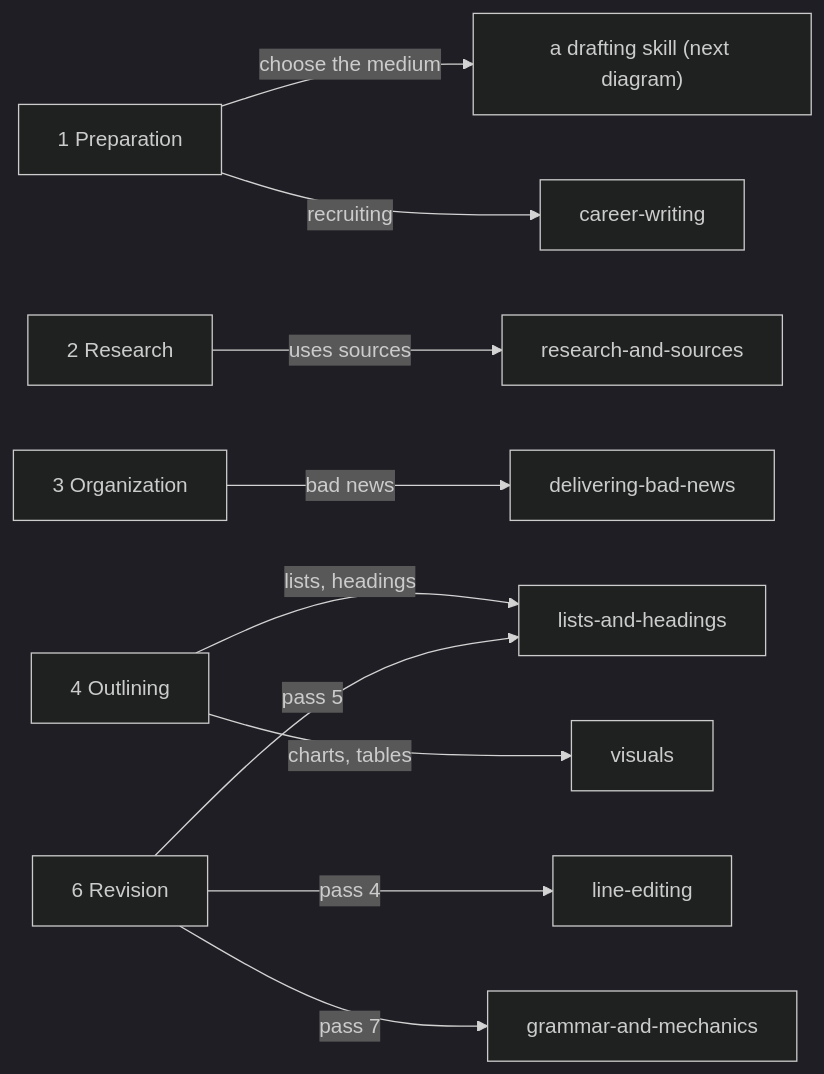
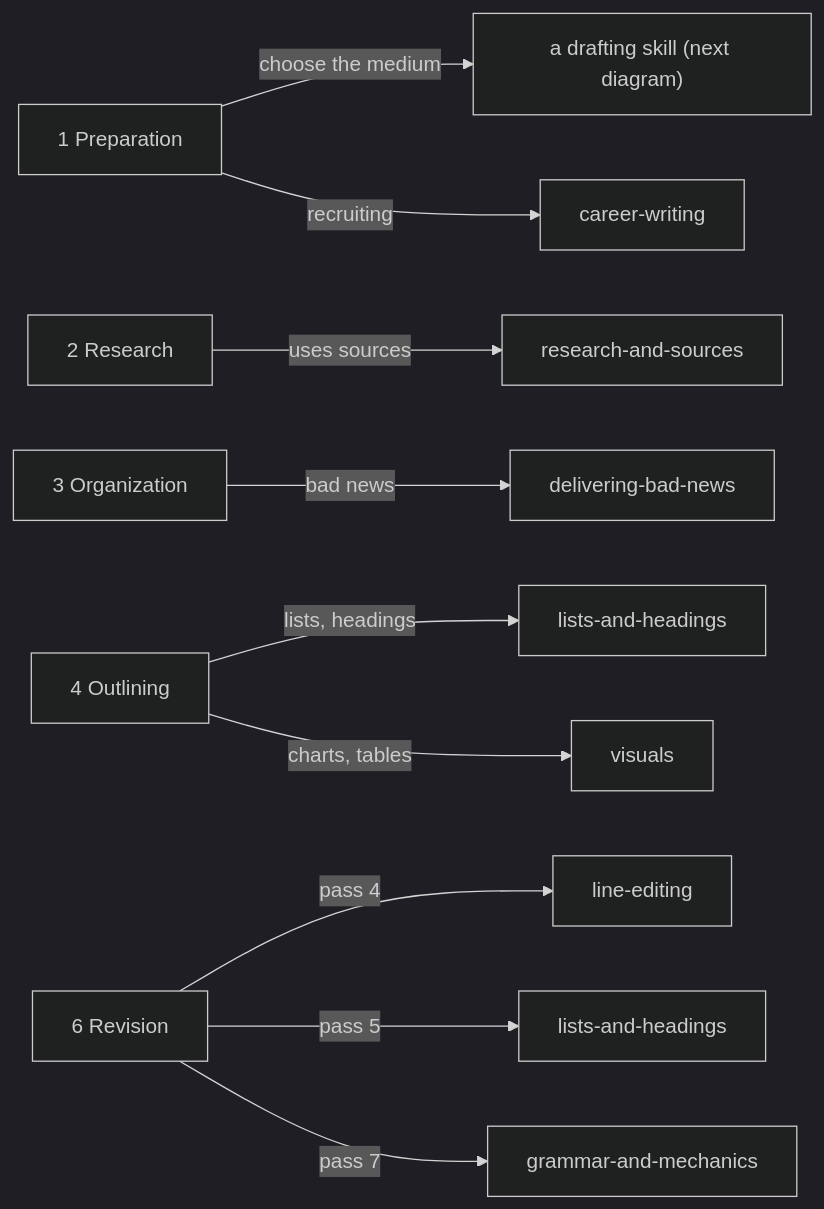
One commit to sapmb20/business-writing-skills changed the first of 2 diagrams in README.md. Above: the diagram before and after it, drawn with Mermaid (dark theme).

Commit message:
README: separate revision box for lists-and-headings

````diff
--- a/README.md
+++ b/README.md
@@ -40,12 +40,12 @@
 ```mermaid
 flowchart LR
     S1["1 Preparation"] -- "choose the medium" --> MED["a drafting skill (next diagram)"]
     S1 -- "recruiting" --> CW["career-writing"]
     S2["2 Research"] -- "uses sources" --> RS["research-and-sources"]
     S3["3 Organization"] -- "bad news" --> DB["delivering-bad-news"]
     S4["4 Outlining"] -- "lists, headings" --> LH["lists-and-headings"]
     S4 -- "charts, tables" --> VIS["visuals"]
     S6["6 Revision"] -- "pass 4" --> LE["line-editing"]
-    S6 -- "pass 5" --> LH
+    S6 -- "pass 5" --> LH2["lists-and-headings"]
     S6 -- "pass 7" --> GM["grammar-and-mechanics"]
 ```
````
